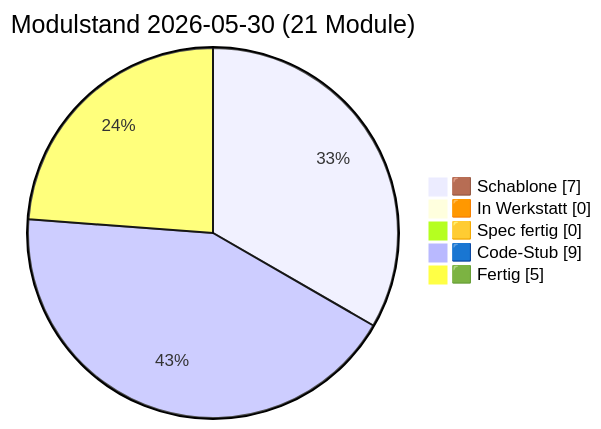
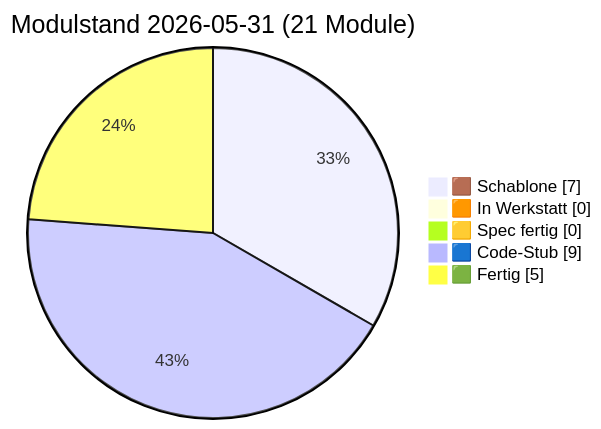
The diagram in docs/PULS.md (lausiklauskn-png/Sage-Protokol), drawn with Mermaid before and after one commit. The commit also changed other lines of this file and 3 other files, not shown here.

````diff
--- a/docs/PULS.md
+++ b/docs/PULS.md
@@ -21,9 +21,9 @@
 ```mermaid
 pie showData
-  title Modulstand 2026-05-30 (21 Module)
+  title Modulstand 2026-05-31 (21 Module)
   "🟫 Schablone" : 7
   "🟧 In Werkstatt" : 0
   "🟨 Spec fertig" : 0
   "🟦 Code-Stub" : 9
   "🟩 Fertig" : 5
 ```
````
